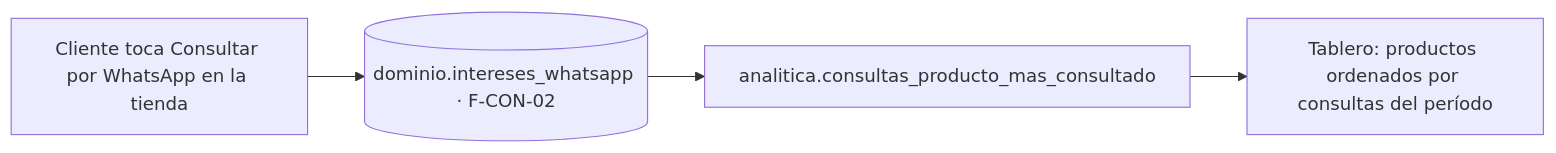
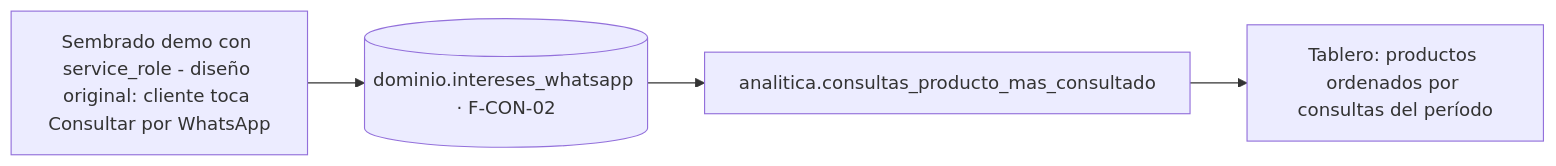
The fourth of 4 diagrams in specs/20270201-100000-rentabilidad-real-y-reportes-de-ventas/spec.md (nicolasjones/multistorefront-meli), drawn with Mermaid before and after one commit. The commit also changed other lines of this file and 17 other files, not shown here.

Commit message:
docs: cierra aclaraciones de interés WhatsApp interno y tabla sin alimentación real

````diff
--- a/specs/20270201-100000-rentabilidad-real-y-reportes-de-ventas/spec.md
+++ b/specs/20270201-100000-rentabilidad-real-y-reportes-de-ventas/spec.md
@@ -190,6 +190,6 @@
 ```mermaid
 flowchart LR
-  A[Cliente toca Consultar por WhatsApp en la tienda] --> B[(dominio.intereses_whatsapp · F-CON-02)]
+  A["Sembrado demo con service_role - diseño original: cliente toca Consultar por WhatsApp"] --> B[(dominio.intereses_whatsapp · F-CON-02)]
   B --> C[analitica.consultas_producto_mas_consultado]
   C --> D[Tablero: productos ordenados por consultas del período]
 ```
````
